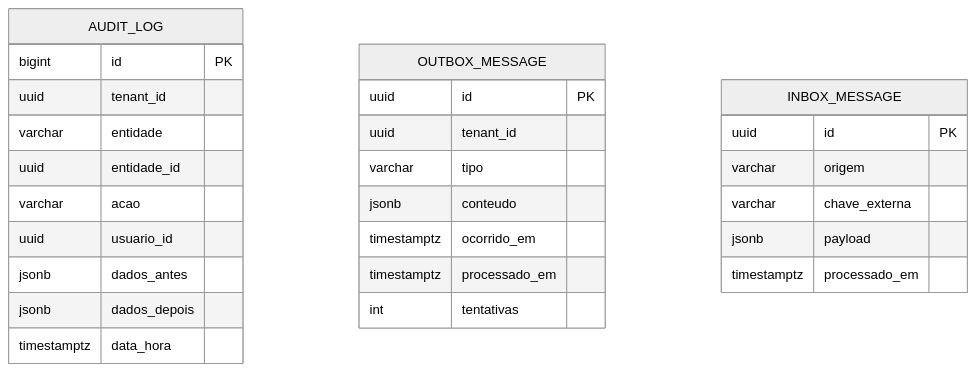
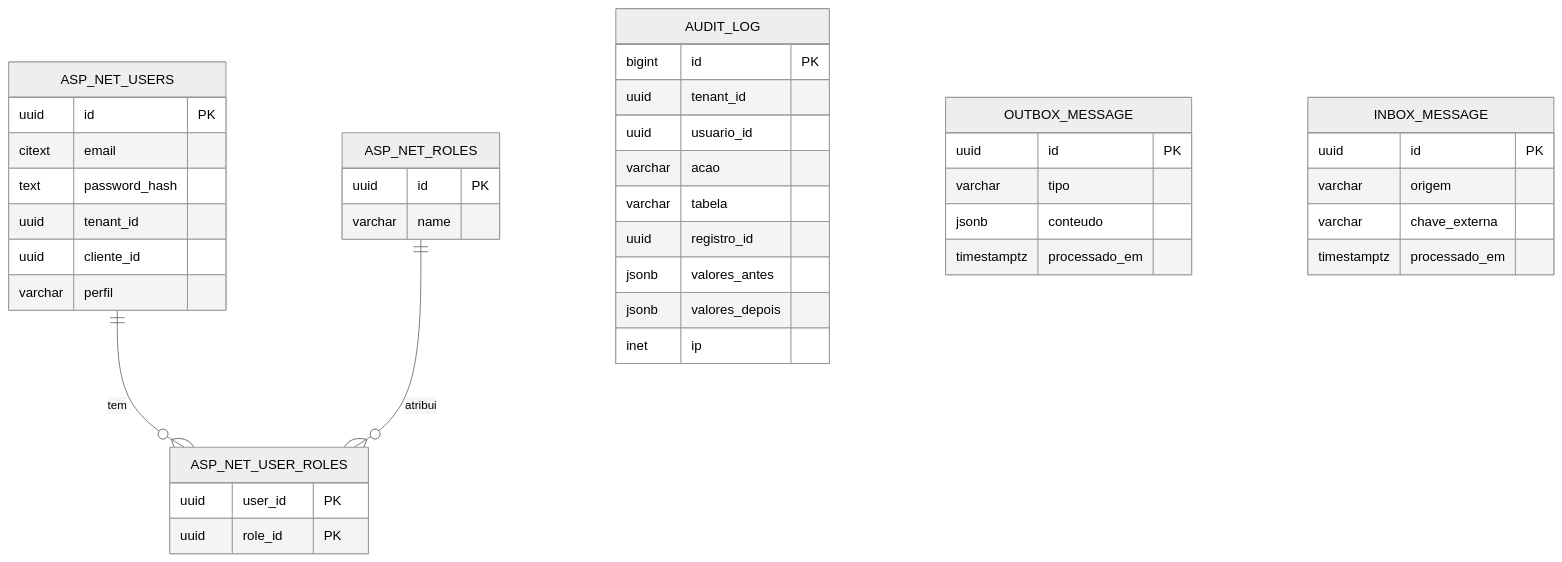
Before and after one commit to tthimoteo/app-aluguel: the second of 2 diagrams in Docs/Arquitetura/04-ERD.md, drawn with Mermaid (neutral theme). The commit also changed other lines of this file and 12 other files, not shown here.

````diff
--- a/Docs/Arquitetura/04-ERD.md
+++ b/Docs/Arquitetura/04-ERD.md
@@ -207,30 +183,22 @@
 ```mermaid
 erDiagram
+    ASP_NET_USERS ||--o{ ASP_NET_USER_ROLES : tem
+    ASP_NET_ROLES ||--o{ ASP_NET_USER_ROLES : atribui
+
     AUDIT_LOG {
         bigint id PK
         uuid tenant_id
-        varchar entidade
-        uuid entidade_id
+        uuid usuario_id
         varchar acao
-        uuid usuario_id
-        jsonb dados_antes
-        jsonb dados_depois
-        timestamptz data_hora
+        varchar tabela
+        uuid registro_id
+        jsonb valores_antes
+        jsonb valores_depois
+        inet ip
     }
-    OUTBOX_MESSAGE {
-        uuid id PK
-        uuid tenant_id
-        varchar tipo
-        jsonb conteudo
-        timestamptz ocorrido_em
-        timestamptz processado_em
-        int tentativas
-    }
-    INBOX_MESSAGE {
-        uuid id PK
-        varchar origem
-        varchar chave_externa
-        jsonb payload
-        timestamptz processado_em
-    }
+    OUTBOX_MESSAGE { uuid id PK  varchar tipo  jsonb conteudo  timestamptz processado_em }
+    INBOX_MESSAGE  { uuid id PK  varchar origem  varchar chave_externa  timestamptz processado_em }
+    ASP_NET_USERS  { uuid id PK  citext email  text password_hash  uuid tenant_id  uuid cliente_id  varchar perfil }
+    ASP_NET_ROLES  { uuid id PK  varchar name }
+    ASP_NET_USER_ROLES { uuid user_id PK  uuid role_id PK }
 ```
````
